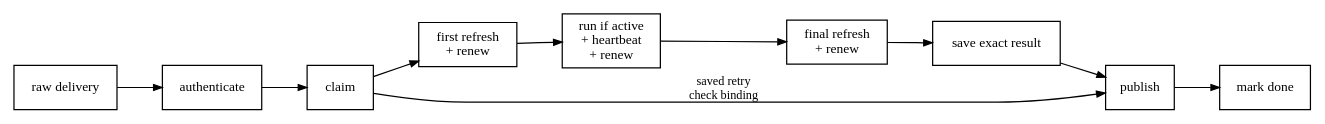
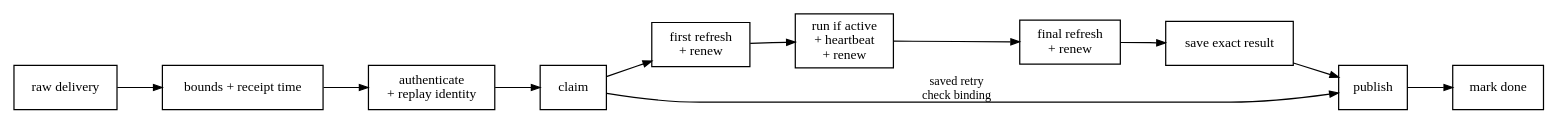
Before and after one commit to HardMax71/amiss: the first of 2 diagrams in docs/src/controller.md, drawn with Graphviz. The commit also changed other lines of this file and 85 other files, not shown here.

````diff
--- a/docs/src/controller.md
+++ b/docs/src/controller.md
@@ -20,18 +73,19 @@
 ```dot process
 digraph controller_delivery {
   rankdir = LR;
   node [shape = box, fontname = "Latin Modern, Georgia, serif", fontsize = 11];
   edge [arrowsize = 0.7, fontname = "Latin Modern, Georgia, serif", fontsize = 10];
   raw      [label = "raw delivery"];
-  auth     [label = "authenticate"];
+  gate     [label = "bounds + receipt time"];
+  auth     [label = "authenticate\n+ replay identity"];
   claim    [label = "claim"];
   first    [label = "first refresh\n+ renew"];
   run      [label = "run if active\n+ heartbeat\n+ renew"];
   second   [label = "final refresh\n+ renew"];
   stage    [label = "save exact result"];
   publish  [label = "publish"];
   complete [label = "mark done"];
-  raw -> auth -> claim -> first -> run -> second -> stage -> publish -> complete;
+  raw -> gate -> auth -> claim -> first -> run -> second -> stage -> publish -> complete;
   claim -> publish [label = "saved retry\ncheck binding"];
 }
 ```
````
